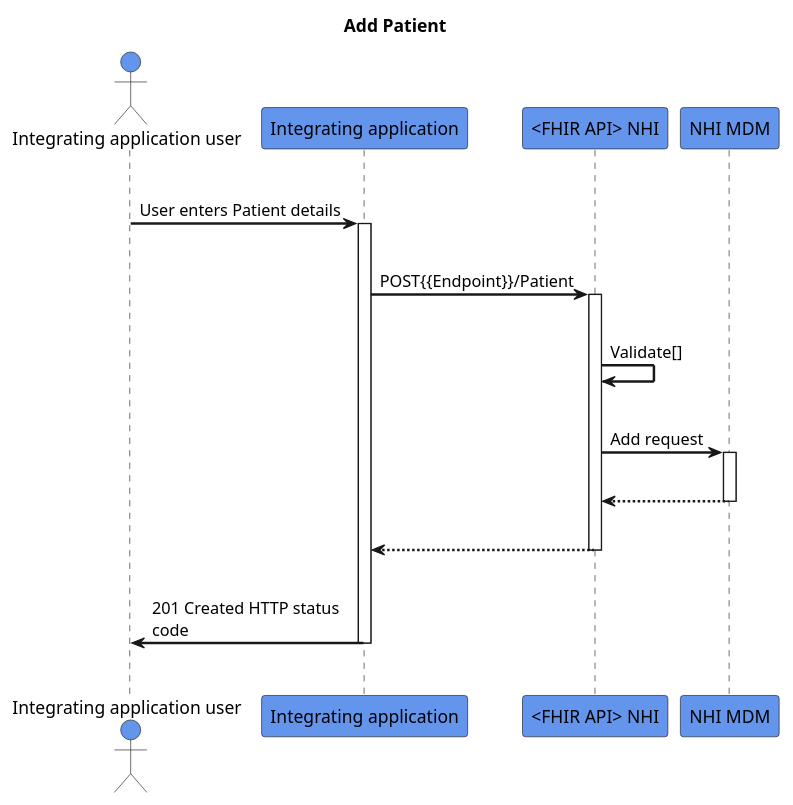
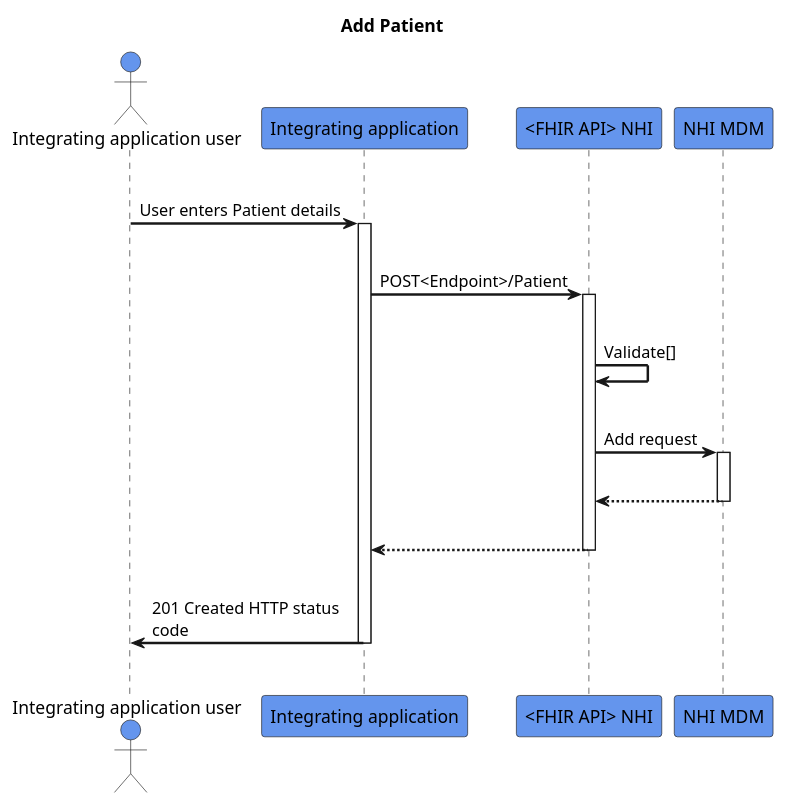
Before and after one commit to HL7NZ/nhi: the diagram in input/images-source/add-patient.plantuml, drawn with PlantUML.

```diff
--- a/input/images-source/add-patient.plantuml
+++ b/input/images-source/add-patient.plantuml
@@ -2,32 +2,32 @@
 @startuml
 skinparam sequenceArrowThickness 2
 skinparam roundcorner 5
 skinparam maxmessagesize 180
 skinparam sequenceParticipant bold
 title Add Patient
 actor "Integrating application user" as User #CornflowerBlue
 participant "Integrating application" as A #CornflowerBlue
 participant "<FHIR API> NHI" as B #CornflowerBlue
 participant "NHI MDM" as C #CornflowerBlue
 |||
 User -> A: User enters Patient details
 activate A
 |||
-A -> B: POST{{Endpoint}}/Patient
+A -> B: POST<Endpoint>/Patient
 activate B
 |||
 B -> B: Validate[]
 |||
 B -> C: Add request
 activate C
 |||
 C -[dashed]-> B:  
 deactivate C
 |||
 B -[dashed]-> A:
 deactivate B
 |||
 A -> User: 201 Created HTTP status code
 deactivate A
 |||
 @enduml
```
